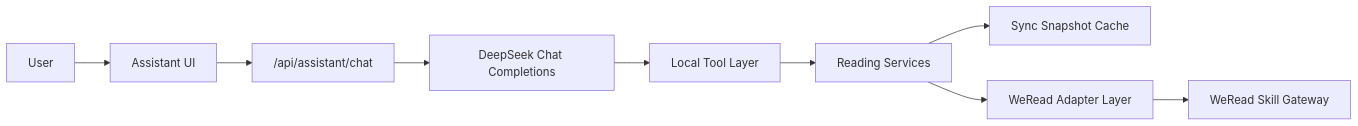
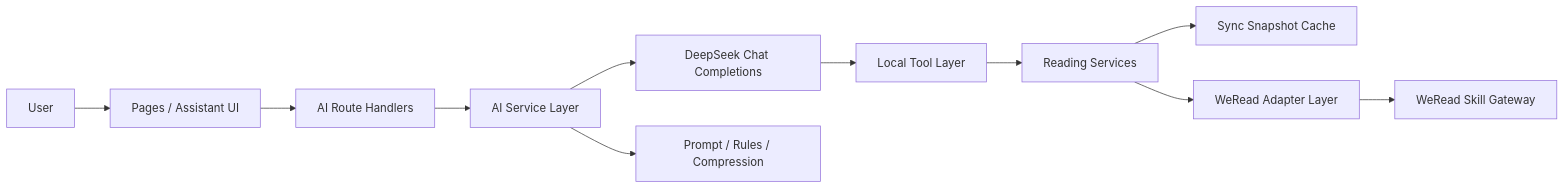
Before and after one commit to AstrophelXD/WeReadAura: the diagram in docs/ai-assistant-architecture.md, drawn with Mermaid. The commit also changed other lines of this file and 2 other files, not shown here.

First line of the commit message:
feat: update AI assistant architecture documentation and enhance insights in README

````diff
--- a/docs/ai-assistant-architecture.md
+++ b/docs/ai-assistant-architecture.md
@@ -66,11 +117,13 @@
 ```mermaid
 flowchart LR
-  U["User"] --> FE["Assistant UI"]
-  FE --> API["/api/assistant/chat"]
-  API --> DS["DeepSeek Chat Completions"]
+  U["User"] --> FE["Pages / Assistant UI"]
+  FE --> API["AI Route Handlers"]
+  API --> AS["AI Service Layer"]
+  AS --> DS["DeepSeek Chat Completions"]
   DS --> T["Local Tool Layer"]
+  AS --> P["Prompt / Rules / Compression"]
   T --> S["Reading Services"]
   S --> C["Sync Snapshot Cache"]
   S --> W["WeRead Adapter Layer"]
   W --> X["WeRead Skill Gateway"]
 ```
````
